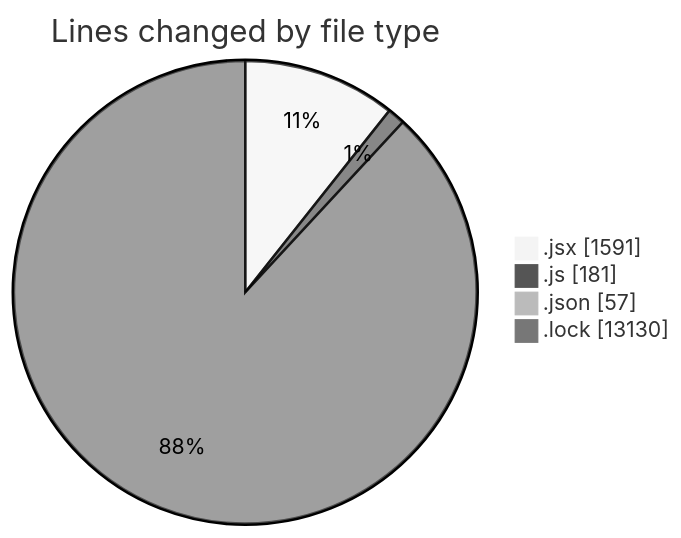
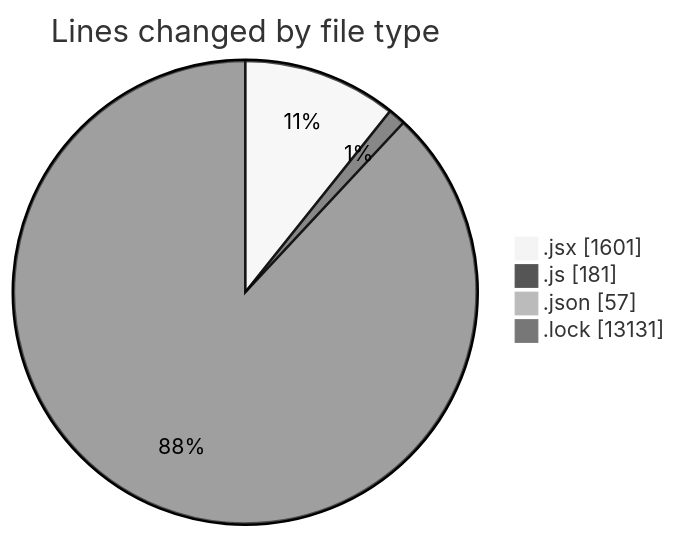
Before and after one commit to momahboobian/code-tracking: the first of 2 diagrams in 2026-02-10/cda/README.md, drawn with Mermaid (neutral theme). The commit also changed other lines of this file and 1 other file, not shown here.

````diff
--- a/2026-02-10/cda/README.md
+++ b/2026-02-10/cda/README.md
@@ -30,8 +30,8 @@
 ```mermaid
 pie showData
 title Lines changed by file type
-".jsx" : 1591
+".jsx" : 1601
 ".js" : 181
 ".json" : 57
-".lock" : 13130
+".lock" : 13131
 ```
````
